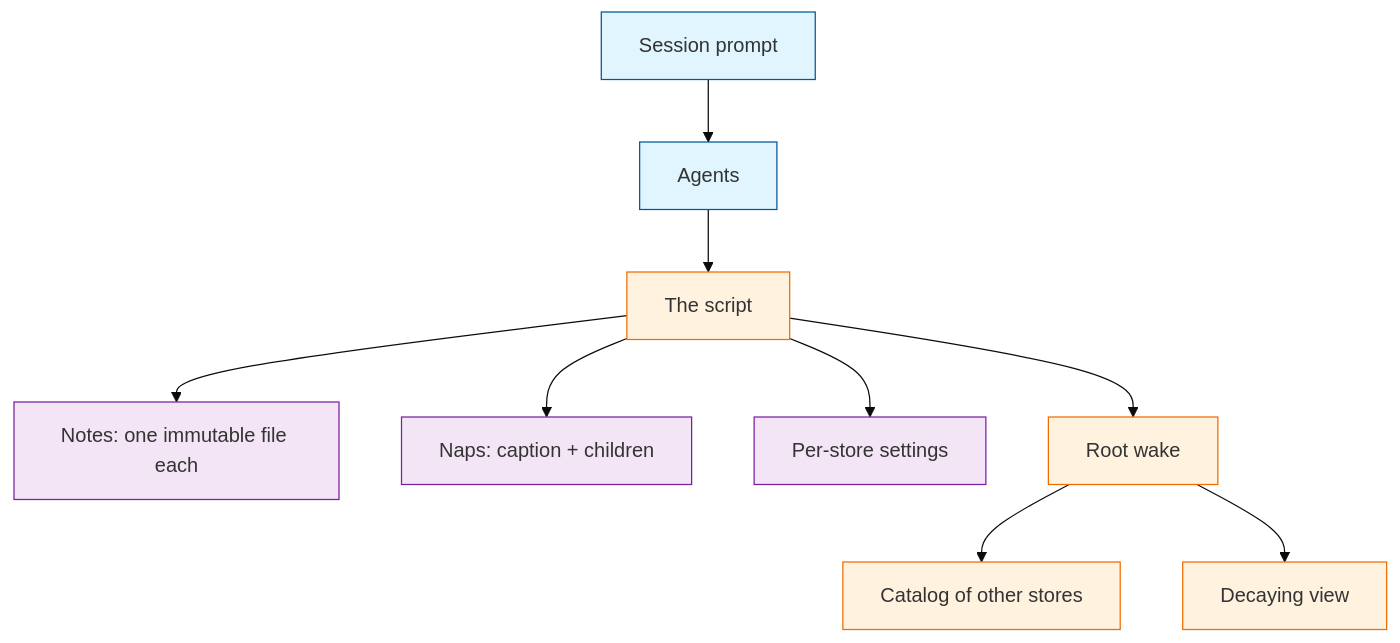
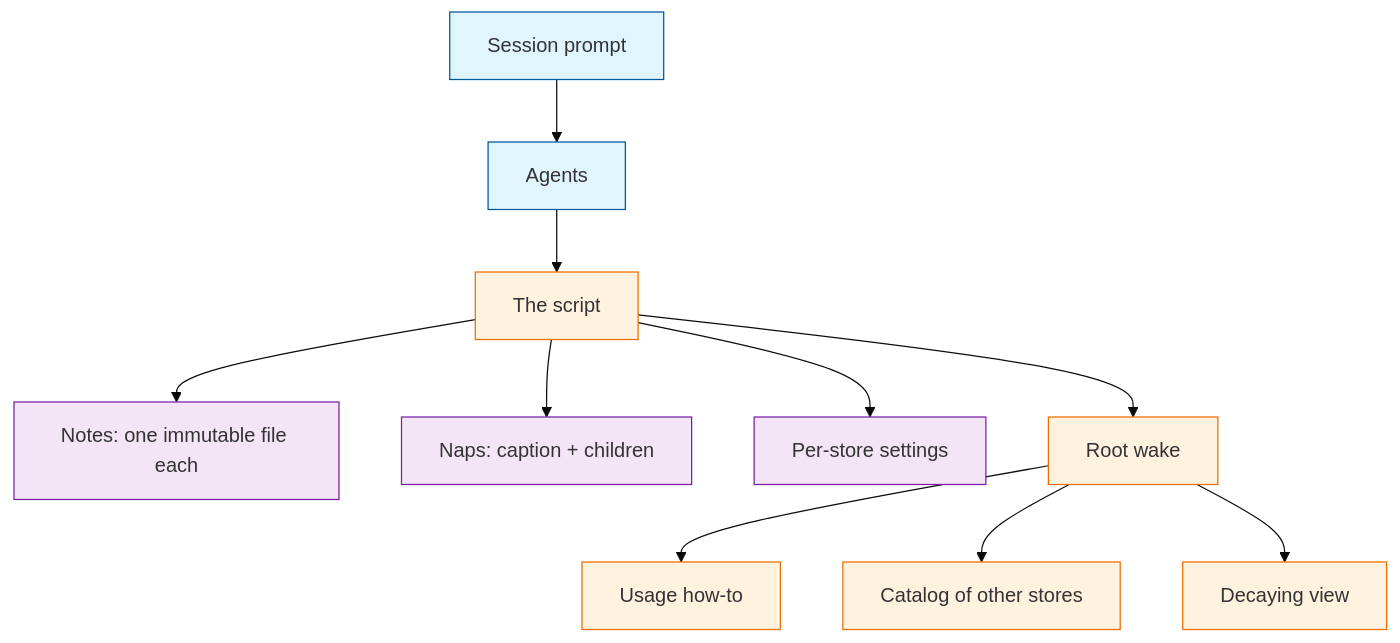
Before and after one commit to Texarkanine/SumMem: the first of 14 diagrams in docs/architecture/index.md, drawn with Mermaid (base theme). The commit also changed other lines of this file and 34 other files, not shown here.

Commit message:
feat: print versioned how-to on root wake (#44)

````diff
--- a/docs/architecture/index.md
+++ b/docs/architecture/index.md
@@ -7,15 +7,16 @@
 ```mermaid
 graph TD
     classDef agent fill:#e1f5fe,stroke:#01579b;
     classDef script fill:#fff3e0,stroke:#ef6c00;
     classDef store fill:#f3e5f5,stroke:#7b1fa2;
 
     Prompt["Session prompt"]:::agent --> Agents["Agents"]:::agent
     Agents --> CLI["The script"]:::script
     CLI --> Notes["Notes: one immutable file each"]:::store
     CLI --> Naps["Naps: caption + children"]:::store
     CLI --> Cfg["Per-store settings"]:::store
     CLI --> Root["Root wake"]:::script
+    Root --> Usage["Usage how-to"]:::script
     Root --> Catalog["Catalog of other stores"]:::script
     Root --> View["Decaying view"]:::script
 ```
````
